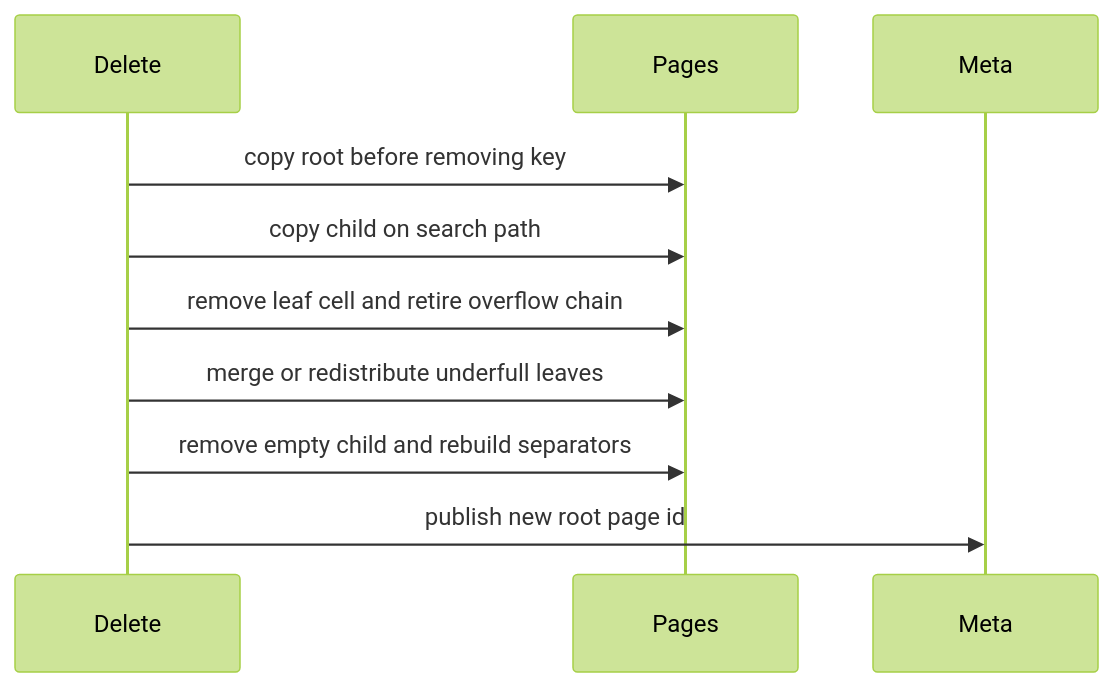
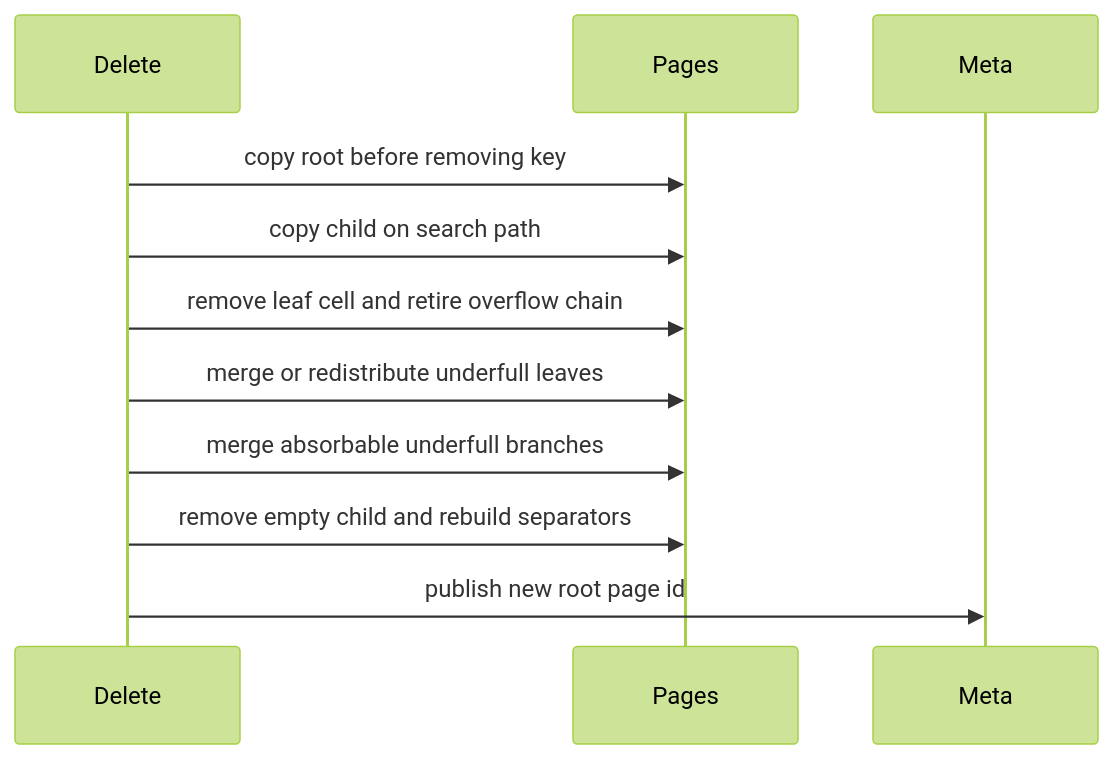
One commit to hadamrd/cow-btree-course changed the fourth of 8 diagrams in docs/06-page-backed-cow.md. Above: the diagram before and after it, drawn with Mermaid (forest theme). The commit also changed other lines of this file and 8 other files, not shown here.

Commit message:
feat: merge underfull btree branches on delete

````diff
--- a/docs/06-page-backed-cow.md
+++ b/docs/06-page-backed-cow.md
@@ -96,12 +96,13 @@
 ```mermaid
 sequenceDiagram
     participant Delete
     participant Pages
     participant Meta
     Delete->>Pages: copy root before removing key
     Delete->>Pages: copy child on search path
     Delete->>Pages: remove leaf cell and retire overflow chain
     Delete->>Pages: merge or redistribute underfull leaves
+    Delete->>Pages: merge absorbable underfull branches
     Delete->>Pages: remove empty child and rebuild separators
     Delete->>Meta: publish new root page id
 ```
````
